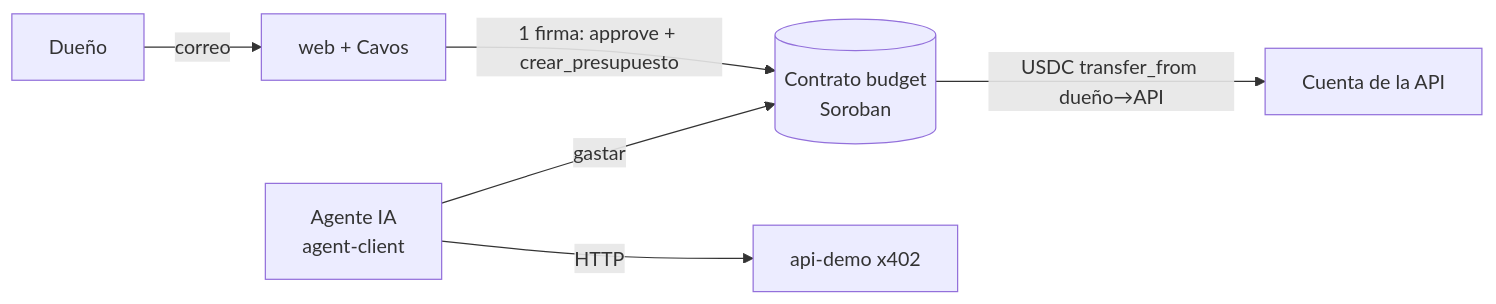
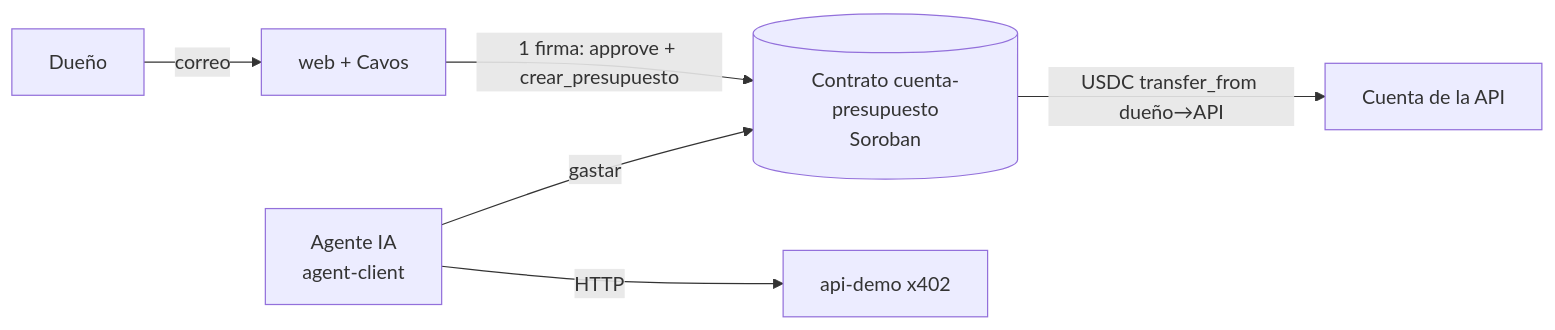
One commit to jxsu404/quickchain changed the first of 3 diagrams in docs/ARQUITECTURA.md. Above: the diagram before and after it, drawn with Mermaid. The commit also changed other lines of this file and 25 other files, not shown here.

Commit message:
Q1: renombrar contracts/budget a contracts/cuenta-presupuesto (crate cuenta-presupuesto) y gitleaks compatible con main

````diff
--- a/docs/ARQUITECTURA.md
+++ b/docs/ARQUITECTURA.md
@@ -4,8 +4,8 @@
 ```mermaid
 flowchart LR
   D[Dueño] -->|correo| W[web + Cavos]
-  W -->|1 firma: approve + crear_presupuesto| C[(Contrato budget<br/>Soroban)]
+  W -->|1 firma: approve + crear_presupuesto| C[(Contrato cuenta-presupuesto<br/>Soroban)]
   A[Agente IA<br/>agent-client] -->|gastar| C
   C -->|USDC transfer_from dueño→API| P[Cuenta de la API]
   A -->|HTTP| API[api-demo x402]
 ```
````
